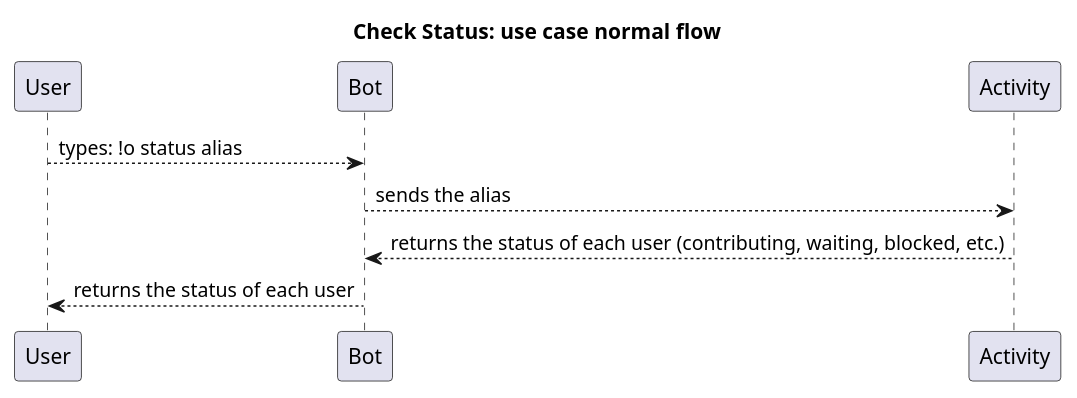
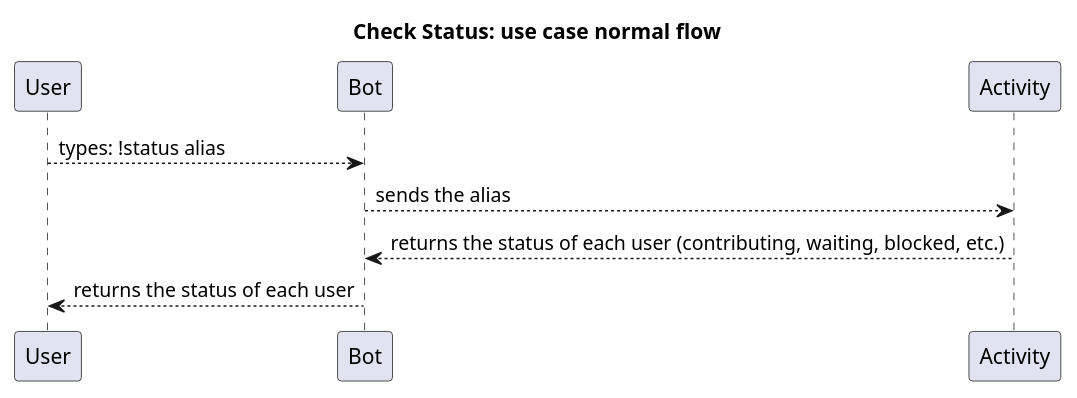
The diagram in docs/uml/ucCheckStatus.puml (orion-services/bot), drawn with PlantUML before and after one commit. The commit also changed 8 other files, not shown here.

```diff
--- a/docs/uml/ucCheckStatus.puml
+++ b/docs/uml/ucCheckStatus.puml
@@ -1,9 +1,9 @@
 @startuml
 
 title Check Status: use case normal flow
 
-User --> Bot: types: !o status alias
+User --> Bot: types: !status alias
 Bot --> Activity: sends the alias
 Activity --> Bot: returns the status of each user (contributing, waiting, blocked, etc.)
 Bot --> User: returns the status of each user
 @enduml
```
